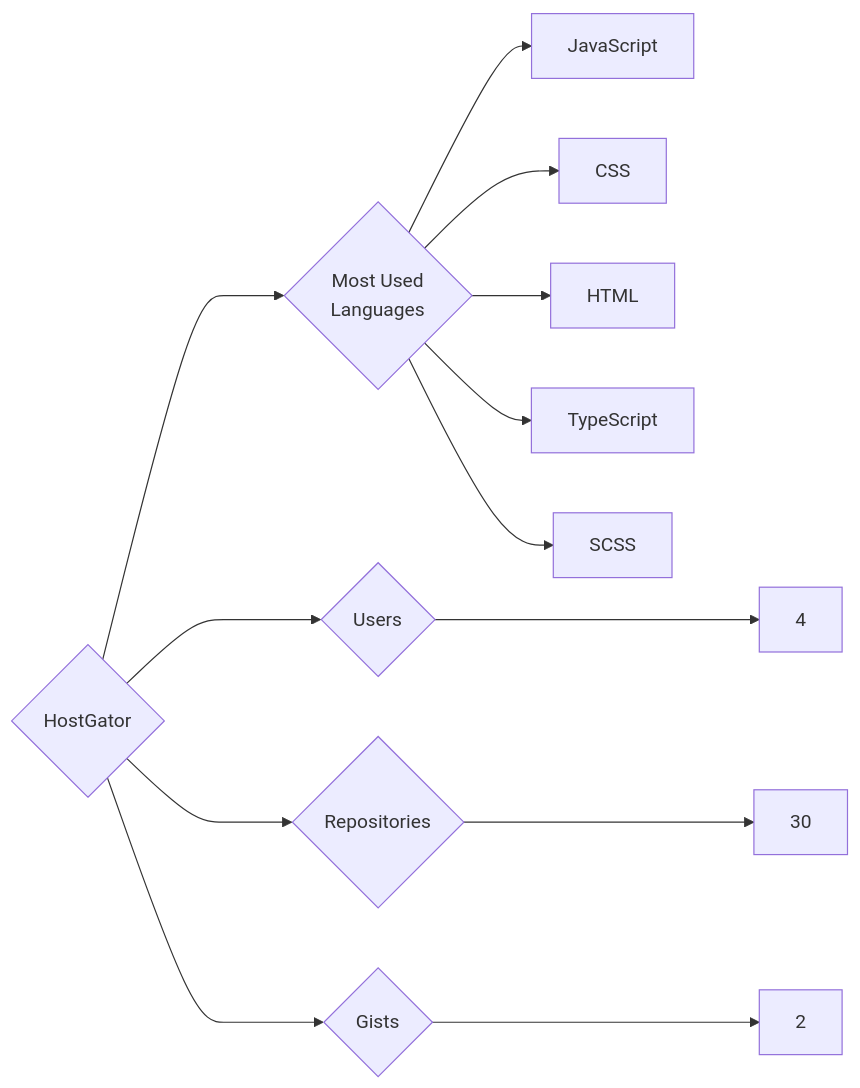
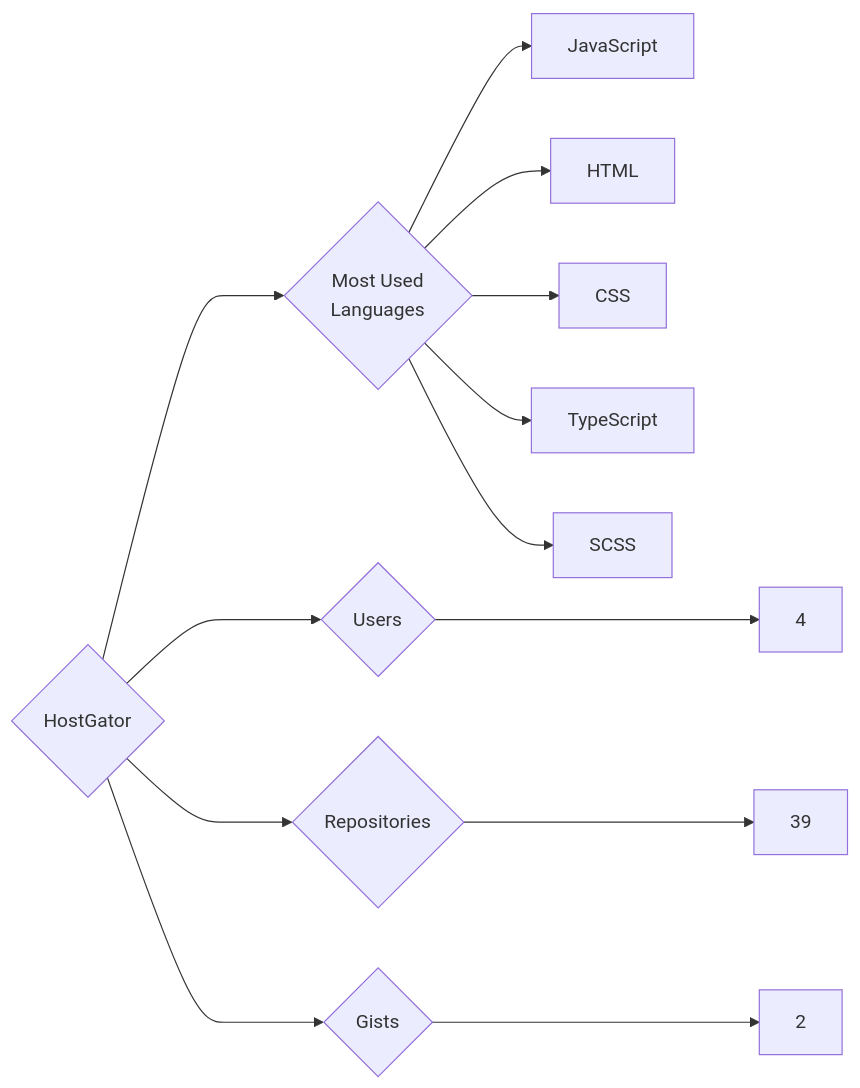
Before and after one commit to trickest/insiders: the diagram in targets/HostGator/README.md, drawn with Mermaid. The commit also changed 942 other files, not shown here.

````diff
--- a/targets/HostGator/README.md
+++ b/targets/HostGator/README.md
@@ -3,13 +3,13 @@
 ```mermaid
 graph LR
 COMPANY_NAME{HostGator}
 COMPANY_NAME ---> U{Users} ---> UN[4]
-COMPANY_NAME ---> R{Repositories} ---> RN[30]
+COMPANY_NAME ---> R{Repositories} ---> RN[39]
 COMPANY_NAME ---> G{Gists} ---> GN[2]
 COMPANY_NAME ---> ML{Most Used<br>Languages}
 ML --> JavaScript[JavaScript]
+ML --> HTML[HTML]
 ML --> CSS[CSS]
-ML --> HTML[HTML]
 ML --> TypeScript[TypeScript]
 ML --> SCSS[SCSS]
 ```
````
